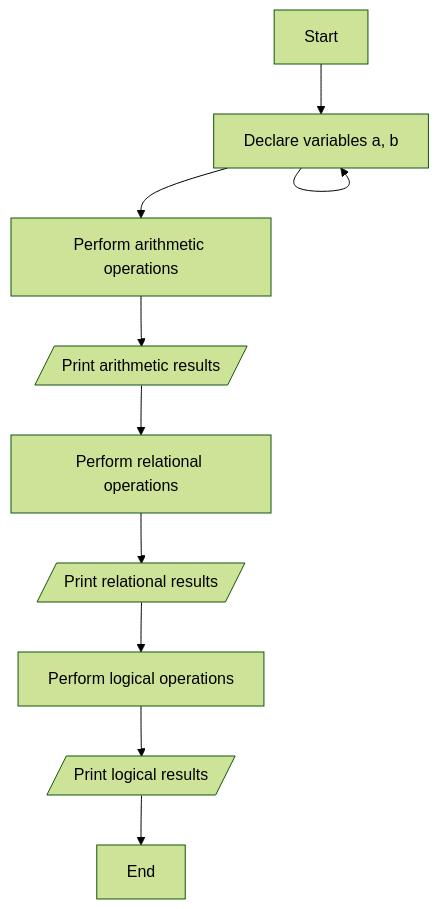
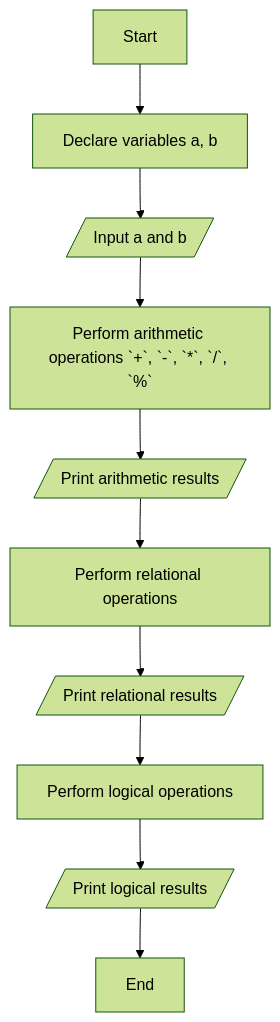
One commit to Vinit-source/Programming-for-problem-solving changed the diagram in P2 - Arithmetic, Relational and Logical Operators.md. Above: the diagram before and after it, drawn with Mermaid (forest theme). The commit also changed other lines of this file, not shown here.

Commit message:
P2 - Arithmetic, Relational and Logical Operators.md updated from https://stackedit.io/

````diff
--- a/P2 - Arithmetic, Relational and Logical Operators.md
+++ b/P2 - Arithmetic, Relational and Logical Operators.md
@@ -28,12 +28,12 @@
 ```mermaid
 graph TD;
     A[Start] --> B[Declare variables a, b];
-    B-->
-    B --> C[Perform arithmetic operations];
+    B--> AB[/Input a and b/];
+    AB --> C[Perform arithmetic operations `+`, `-`, `*`, `/`, `%`];
     C --> D[/Print arithmetic results/];
     D --> E[Perform relational operations];
     E --> F[/Print relational results/];
     F --> G[Perform logical operations];
     G --> H[/Print logical results/];
     H --> I[End];
 ```
````
